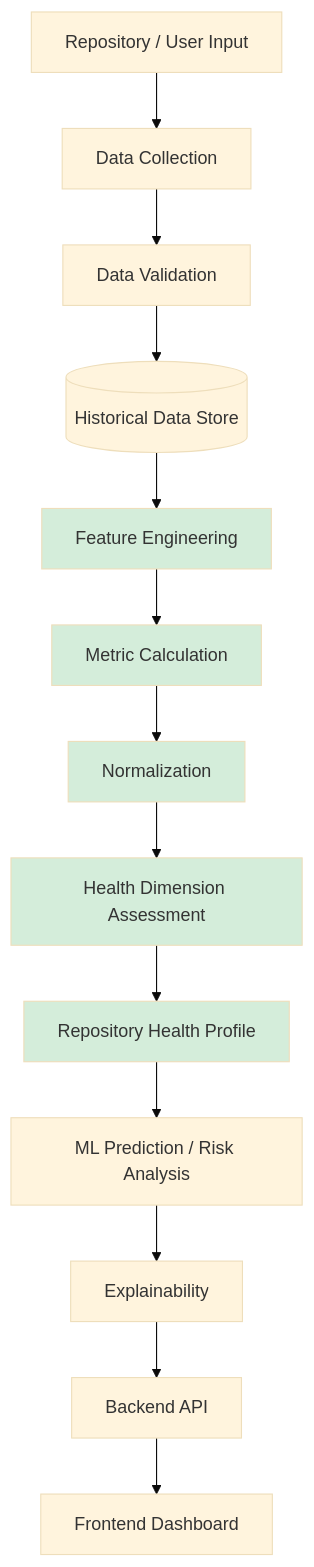
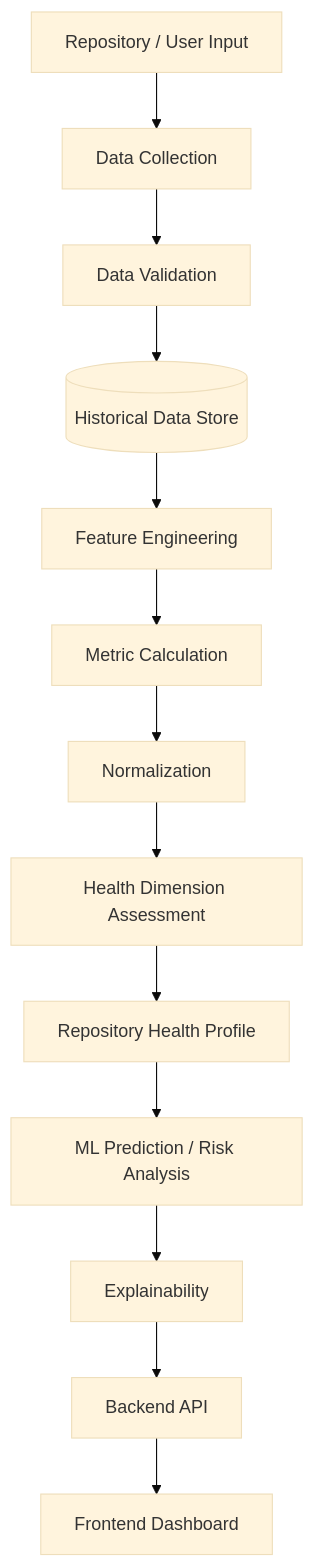
The fifth of 6 diagrams in README.md (gnanendra0305/Repository-Intelligence-Platform), drawn with Mermaid (base theme) before and after one commit. The commit also changed other lines of this file, not shown here.

````diff
--- a/README.md
+++ b/README.md
@@ -715,21 +555,15 @@
 ```mermaid
 flowchart TD
     A[Repository / User Input] --> B[Data Collection]
     B --> C[Data Validation]
     C --> D[(Historical Data Store)]
     D --> E[Feature Engineering]
     E --> F[Metric Calculation]
     F --> G[Normalization]
     G --> H[Health Dimension Assessment]
     H --> I[Repository Health Profile]
     I --> J[ML Prediction / Risk Analysis]
     J --> K[Explainability]
     K --> L[Backend API]
     L --> M[Frontend Dashboard]
-
-    style E fill:#d4edda
-    style F fill:#d4edda
-    style G fill:#d4edda
-    style H fill:#d4edda
-    style I fill:#d4edda
 ```
````
